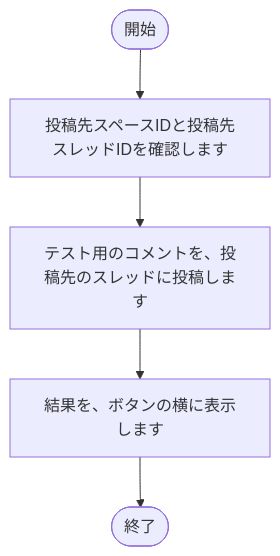
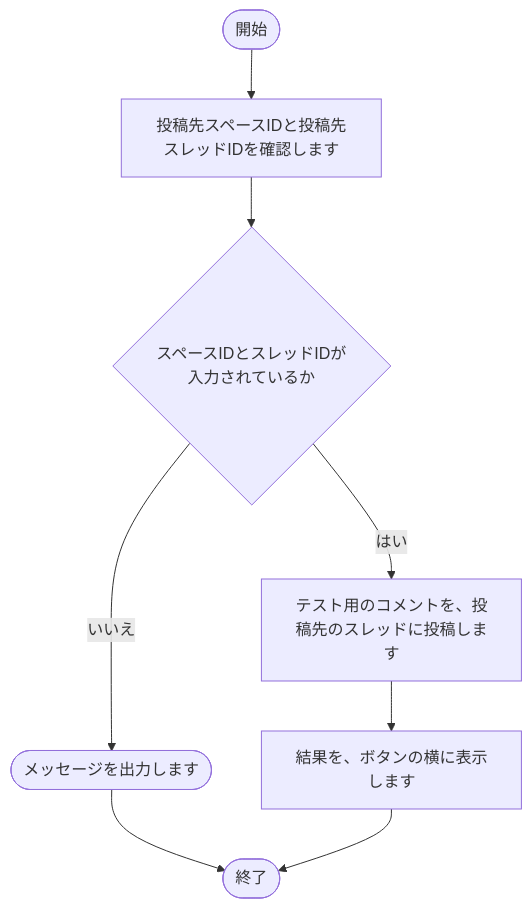
One commit to nishida2073/project_management changed diagram 17 of 24 in tool/track-aggregator/doc/02_設計/処理フロー.md. Above: the diagram before and after it, drawn with Mermaid. The commit also changed other lines of this file and 16 other files, not shown here.

````diff
--- a/tool/track-aggregator/doc/02_設計/処理フロー.md
+++ b/tool/track-aggregator/doc/02_設計/処理フロー.md
@@ -378,12 +410,17 @@
 ```mermaid
 flowchart TD
     S(["開始"])
     E(["終了"])
     N1["投稿先スペースIDと投稿先スレッドIDを確認します"]
     S --> N1
-    N2["テスト用のコメントを、投稿先のスレッドに投稿します"]
+    N2{"スペースIDとスレッドIDが入力されているか"}
     N1 --> N2
-    N3["結果を、ボタンの横に表示します"]
-    N2 --> N3
-    N3 --> E
+    X2(["メッセージを出力します"])
+    N2 -- いいえ --> X2
+    X2 --> E
+    N3["テスト用のコメントを、投稿先のスレッドに投稿します"]
+    N2 -- はい --> N3
+    N4["結果を、ボタンの横に表示します"]
+    N3 --> N4
+    N4 --> E
 ```
````
